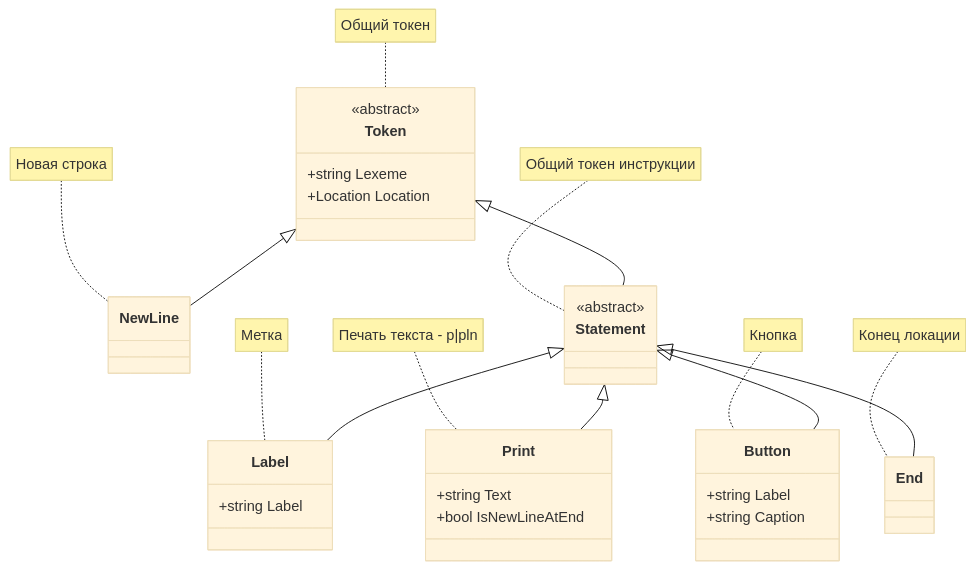
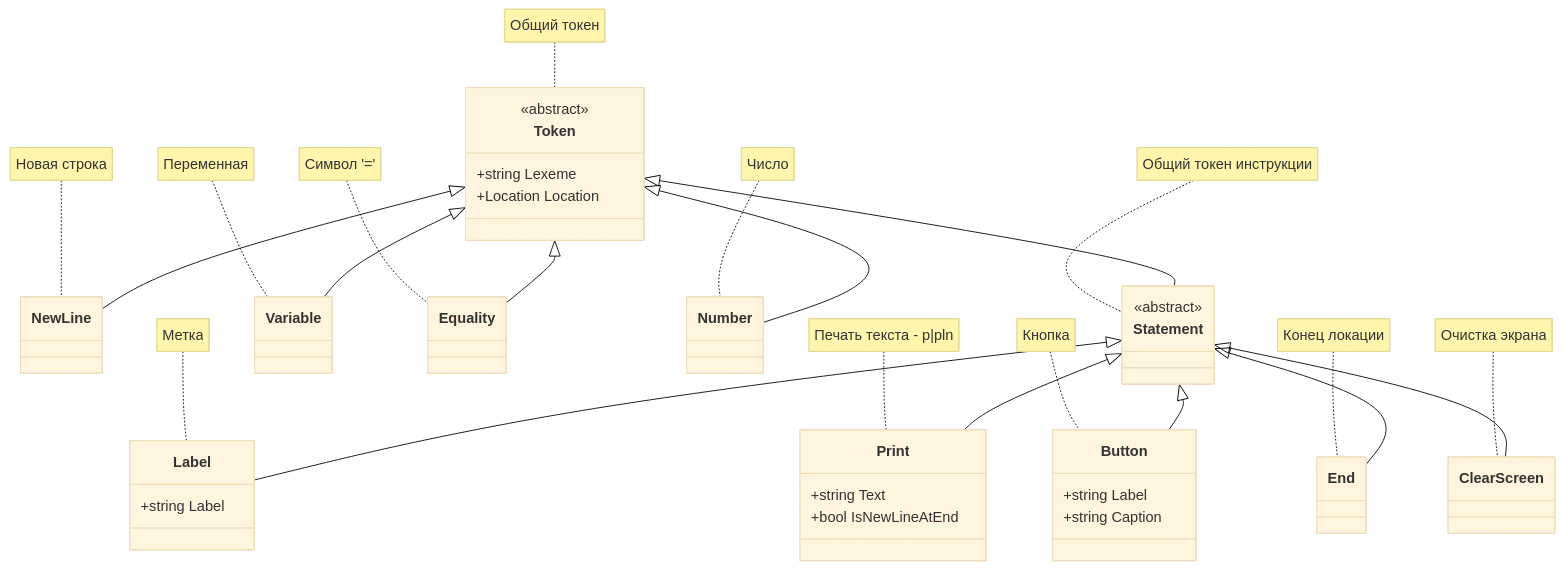
Before and after one commit to realsonic/MURQ: the third of 4 diagrams in Application/MURQ.URQL/docs/URQL Syntax.md, drawn with Mermaid (base theme). The commit also changed other lines of this file and 27 other files, not shown here.

````diff
--- a/Application/MURQ.URQL/docs/URQL Syntax.md
+++ b/Application/MURQ.URQL/docs/URQL Syntax.md
@@ -28,39 +32,51 @@
 ```mermaid
 classDiagram
     class Token {
         +string Lexeme
         +Location Location
     }
     <<abstract>> Token
     note for Token "Общий токен"
 
     Token <|-- NewLine
     note for NewLine "Новая строка"
 
     Token <|-- Statement
     <<abstract>> Statement
     note for Statement "Общий токен инструкции"
 
     Statement <|-- Label
     class Label {
         +string Label
     }
     note for Label "Метка"
 
     Statement <|-- Print
     class Print {
         +string Text
         +bool IsNewLineAtEnd
     }
     note for Print "Печать текста - p|pln"
 
     Statement <|-- Button
     class Button {
         +string Label
         +string Caption
     }
     note for Button "Кнопка"
 
     Statement <|-- End
     note for End "Конец локации"
+
+    Statement <|-- ClearScreen
+    note for ClearScreen "Очистка экрана"
+
+    Token <|-- Variable
+    note for Variable "Переменная"
+
+    Token <|-- Equality
+    note for Equality "Символ '='"
+
+    Token <|-- Number
+    note for Number "Число"
 ```
````
